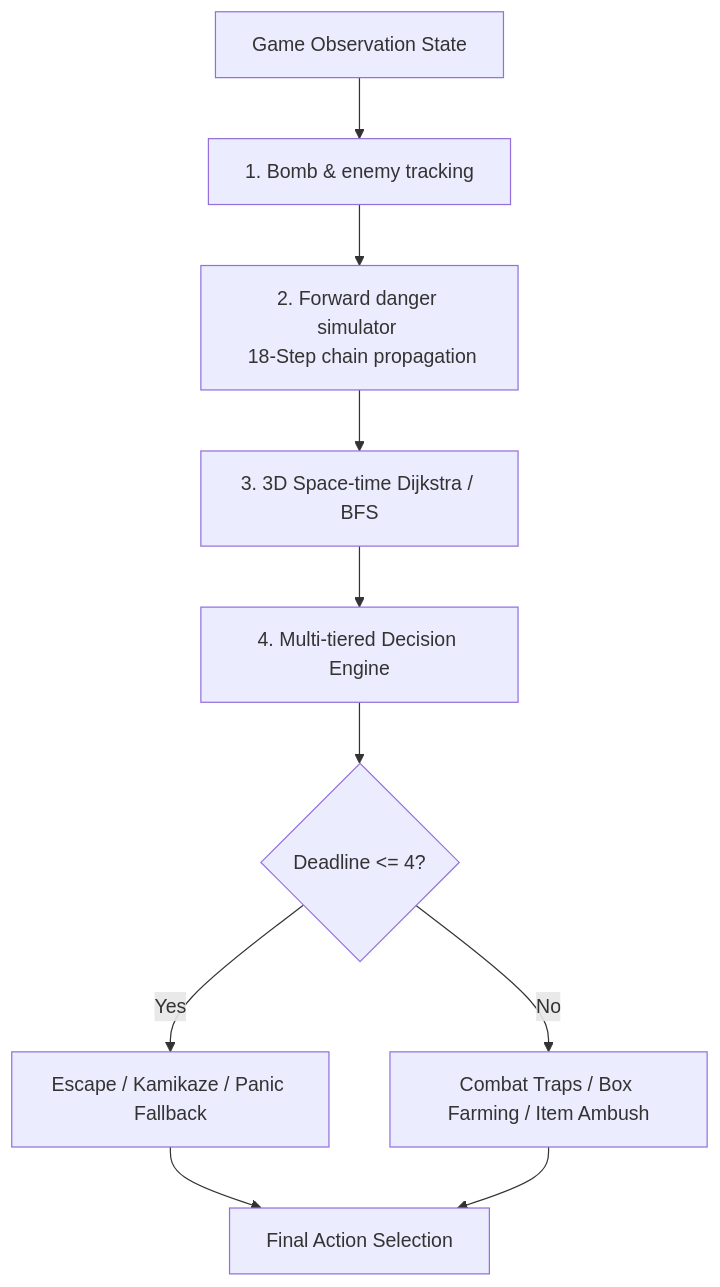
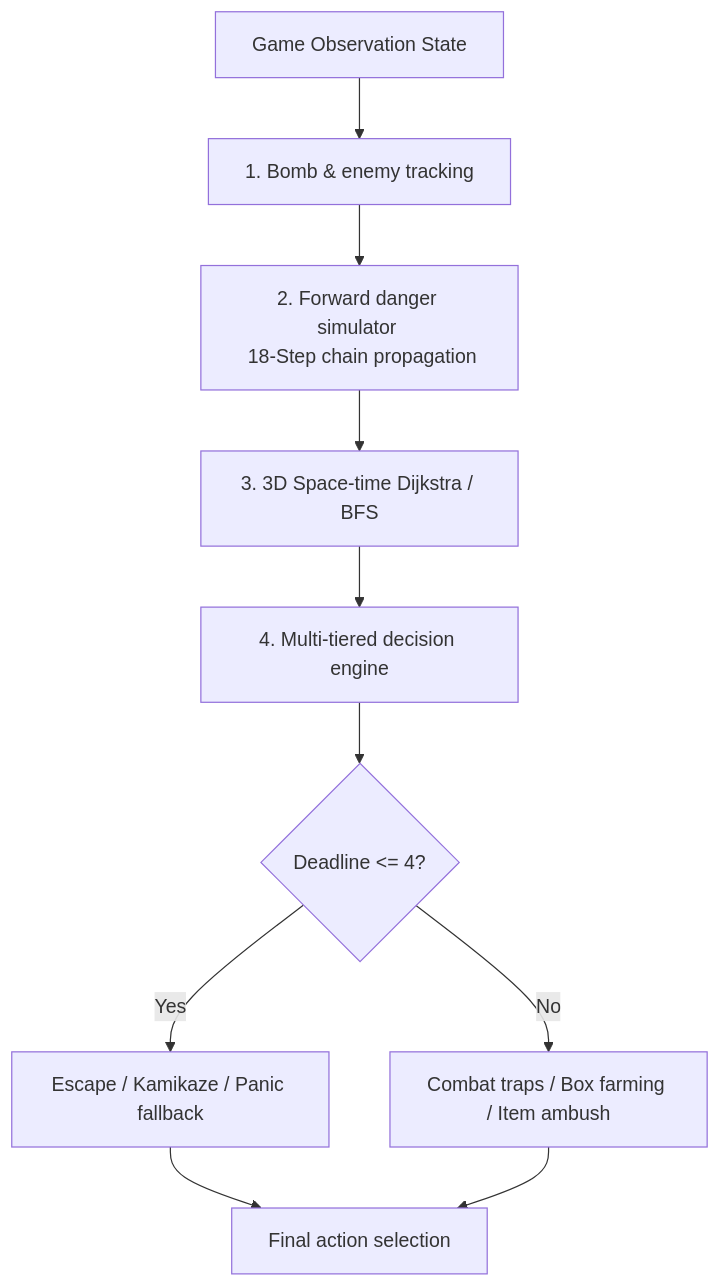
Before and after one commit to DeckardShaw31/TalonAgent: the diagram in README.md, drawn with Mermaid.

````diff
--- a/README.md
+++ b/README.md
@@ -13,12 +13,12 @@
 ```mermaid
 graph TD
     OBS[Game Observation State] --> Sync[1. Bomb & enemy tracking]
     Sync --> DangerSim[2. Forward danger simulator <br/> 18-Step chain propagation]
     DangerSim --> SpaceTimeBFS[3. 3D Space-time Dijkstra / BFS]
-    SpaceTimeBFS --> PriorityEngine[4. Multi-tiered Decision Engine]
+    SpaceTimeBFS --> PriorityEngine[4. Multi-tiered decision engine]
     PriorityEngine --> EscapeMode{Deadline <= 4?}
-    EscapeMode -- Yes --> EscapeAction[Escape / Kamikaze / Panic Fallback]
-    EscapeMode -- No --> CombatFarming[Combat Traps / Box Farming / Item Ambush]
-    EscapeAction --> Action[Final Action Selection]
+    EscapeMode -- Yes --> EscapeAction[Escape / Kamikaze / Panic fallback]
+    EscapeMode -- No --> CombatFarming[Combat traps / Box farming / Item ambush]
+    EscapeAction --> Action[Final action selection]
     CombatFarming --> Action
 ```
````
